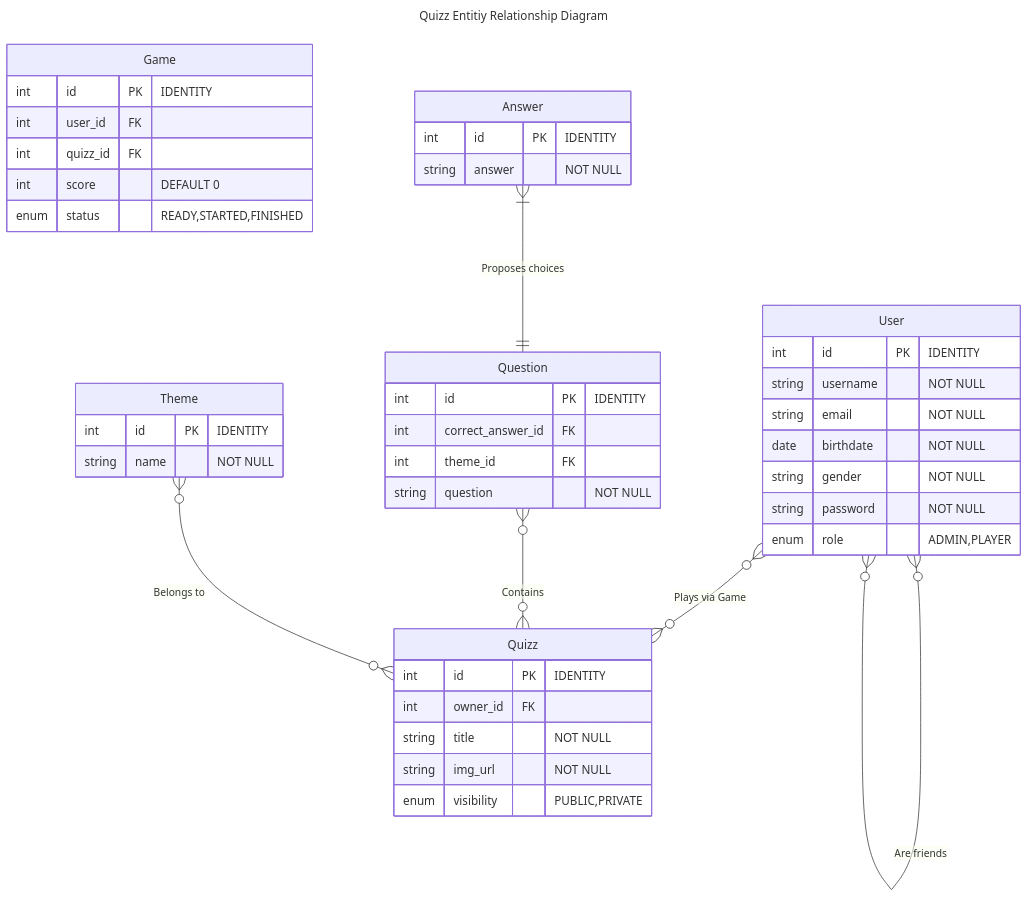
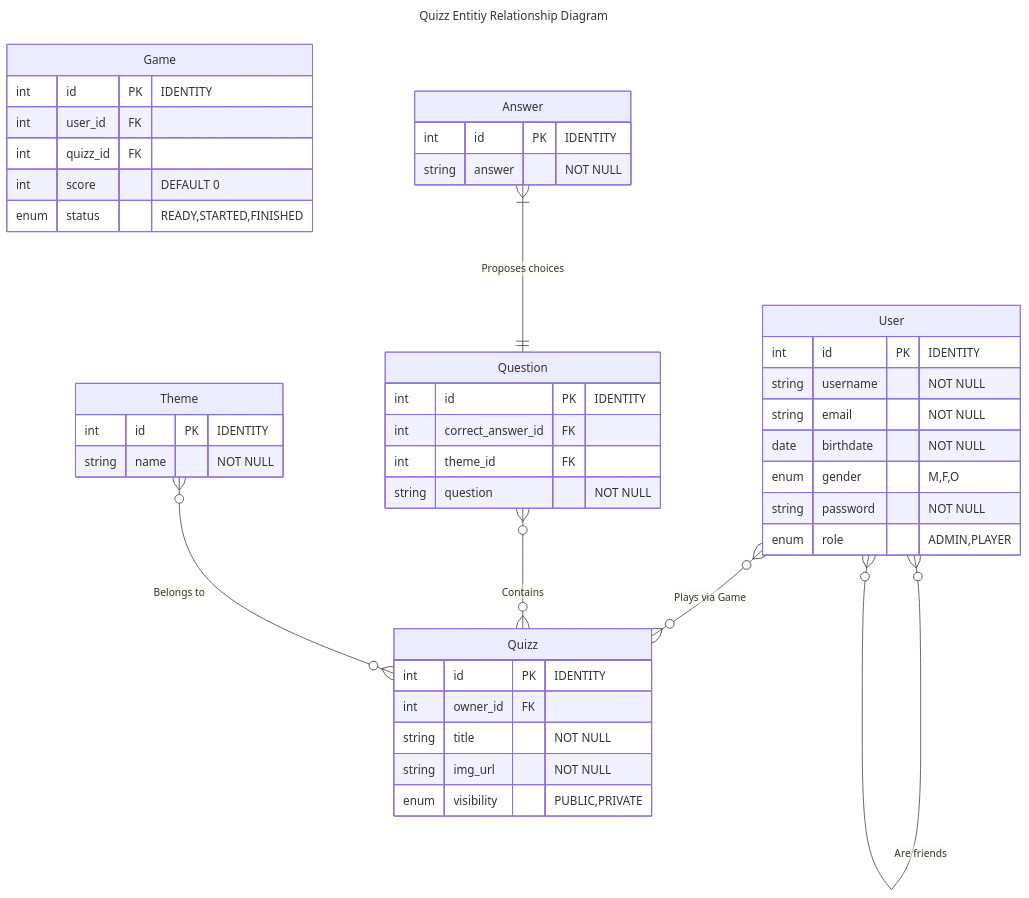
One commit to efemero-formation-fullstack/quizz changed the diagram in README.md. Above: the diagram before and after it, drawn with Mermaid.

Commit message:
update gender

````diff
--- a/README.md
+++ b/README.md
@@ -5,57 +5,57 @@
 ```mermaid
 ---
 title: Quizz Entitiy Relationship Diagram
 ---
 
 erDiagram
 	User {
 		int id PK "IDENTITY"
 		string username "NOT NULL"
 		string email "NOT NULL"
 		date birthdate "NOT NULL"
-		string gender "NOT NULL"
+		enum gender "M,F,O"
 		string password "NOT NULL"
 		enum role "ADMIN,PLAYER"
 	}
 
     Quizz {
 		int id PK "IDENTITY"
         int owner_id FK
         string title "NOT NULL"
         string img_url "NOT NULL"
         enum visibility "PUBLIC,PRIVATE"
     }
 
 
     Game {
 		int id PK "IDENTITY"
         int user_id FK
         int quizz_id FK
         int score "DEFAULT 0"
         enum status "READY,STARTED,FINISHED"
         
     }
 
     Question {
 		int id PK "IDENTITY"
         int correct_answer_id FK
         int theme_id FK
         string question "NOT NULL"
     }
 
     Answer {
 		int id PK "IDENTITY"
         string answer "NOT NULL"
     }
 
     Theme {
 		int id PK "IDENTITY"
         string name "NOT NULL"
     }
 
 	User }o--o{ Quizz : "Plays via Game"
 	User }o--o{ User : "Are friends"
 	Question }o--o{ Quizz : "Contains"
 	Theme }o--o{ Quizz : "Belongs to"
 	Answer }|--|| Question : "Proposes choices"
 ```
````
